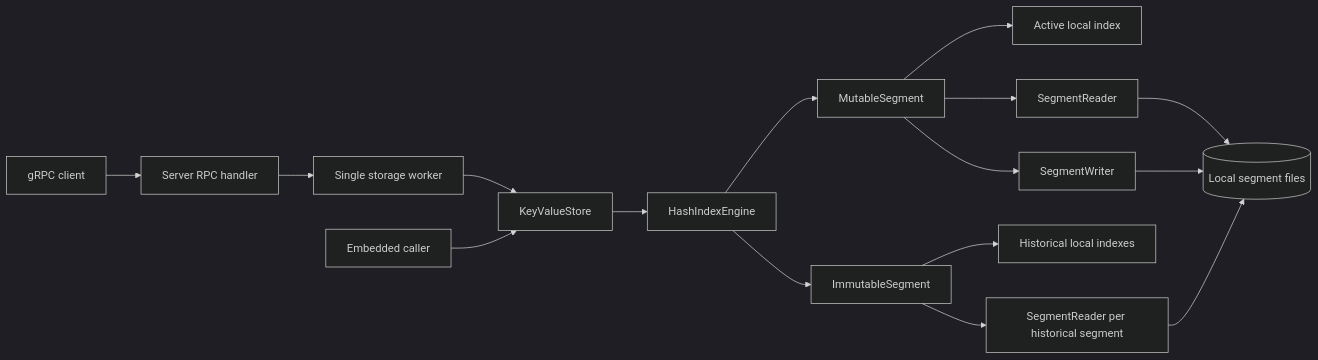
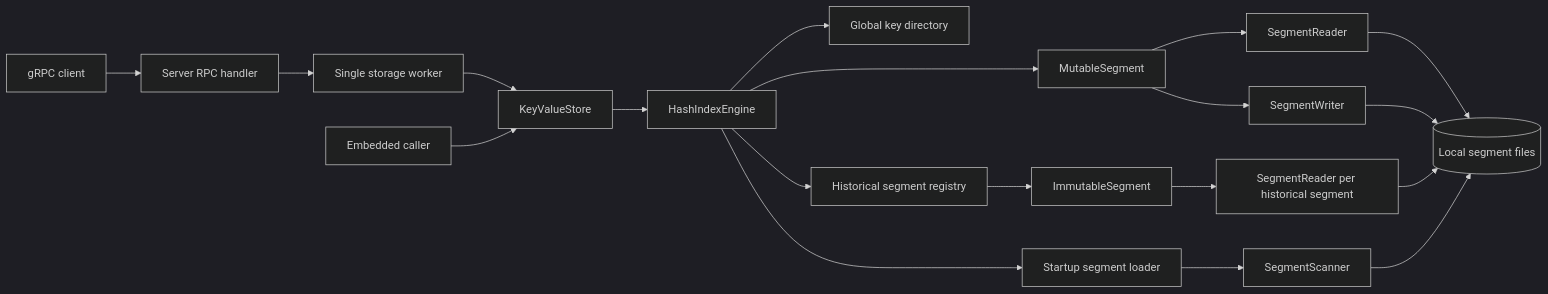
The diagram in docs/architecture.md (ryszardzmija/shaledb), drawn with Mermaid (dark theme) before and after one commit. The commit also changed other lines of this file and 44 other files, not shown here.

Commit message:
feat: add global key directory

````diff
--- a/docs/architecture.md
+++ b/docs/architecture.md
@@ -5,18 +5,21 @@
 ```mermaid
 flowchart LR
     Client[gRPC client] --> Service[Server RPC handler]
     Service --> Worker[Single storage worker]
     Worker --> Store[KeyValueStore]
     Embedded[Embedded caller] --> Store
     Store --> Engine[HashIndexEngine]
+    Engine --> Directory[Global key directory]
     Engine --> Active[MutableSegment]
-    Engine --> History[ImmutableSegment]
-    Active --> ActiveIndex[Active local index]
-    History --> HistoryIndexes[Historical local indexes]
+    Engine --> Registry[Historical segment registry]
+    Registry --> History[ImmutableSegment]
+    Engine --> Loader[Startup segment loader]
+    Loader --> Scanner[SegmentScanner]
+    Scanner --> Files
     Active --> ActiveReader[SegmentReader]
     History --> HistoryReaders[SegmentReader per historical segment]
     Active --> Writer[SegmentWriter]
     ActiveReader --> Files[(Local segment files)]
     HistoryReaders --> Files
     Writer --> Files
 ```
````
